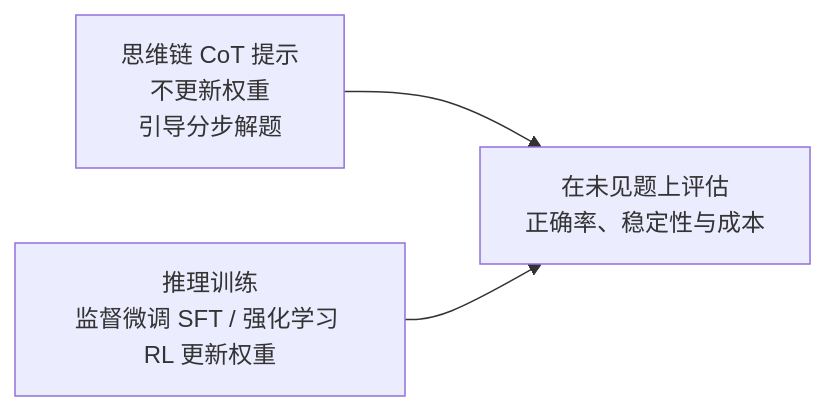
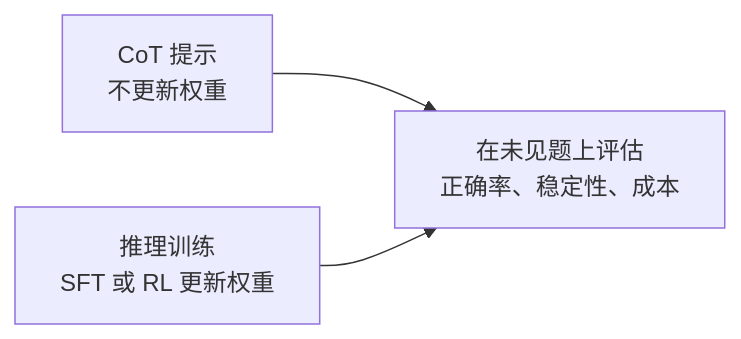
One commit to AI-learning-simple/Build-Your-Own-LLM changed the first of 3 diagrams in 2. Alignment 与训练工程/6. 推理对齐（Reasoning Alignment）——推理能力的训练与对齐.md. Above: the diagram before and after it, drawn with Mermaid. The commit also changed other lines of this file and 65 other files, not shown here.

````diff
--- a/2. Alignment 与训练工程/6. 推理对齐（Reasoning Alignment）——推理能力的训练与对齐.md
+++ b/2. Alignment 与训练工程/6. 推理对齐（Reasoning Alignment）——推理能力的训练与对齐.md
@@ -26,5 +43,5 @@
 ```mermaid
 flowchart LR
-    A["思维链 CoT 提示<br/>不更新权重<br/>引导分步解题"] --> C["在未见题上评估<br/>正确率、稳定性与成本"]
-    B["推理训练<br/>监督微调 SFT / 强化学习 RL 更新权重"] --> C
+    A["CoT 提示<br/>不更新权重"] --> C["在未见题上评估<br/>正确率、稳定性、成本"]
+    B["推理训练<br/>SFT 或 RL 更新权重"] --> C
 ```
````
